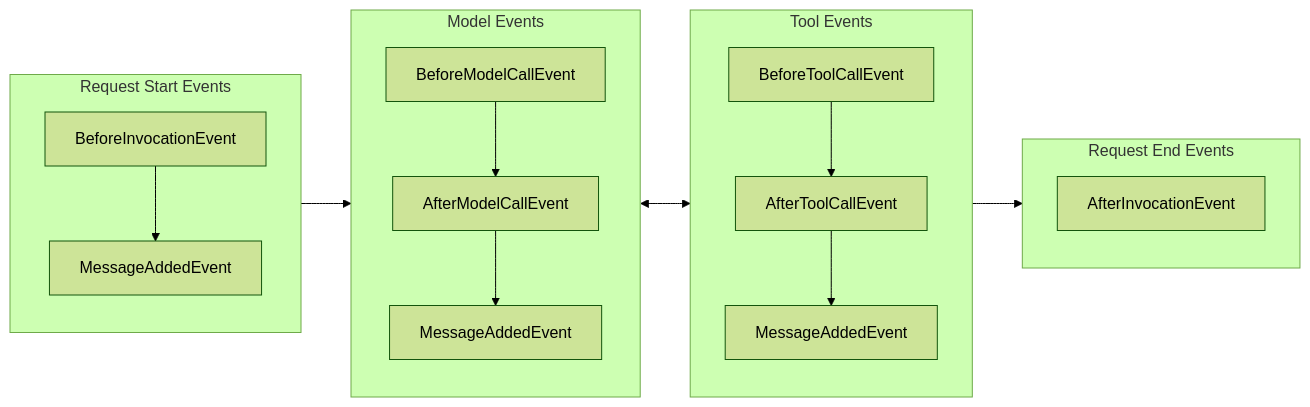
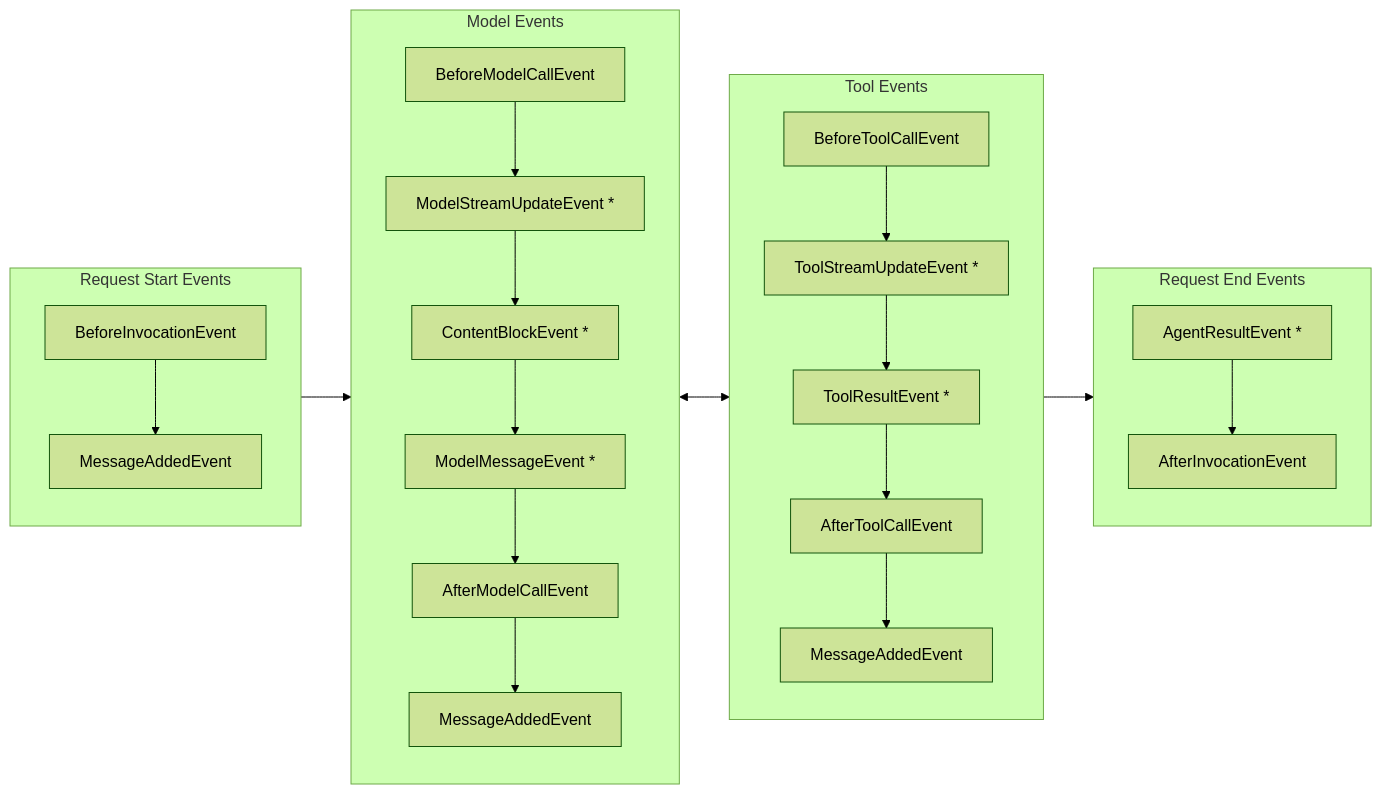
The first of 2 diagrams in docs/user-guide/concepts/agents/hooks.md (strands-agents/docs), drawn with Mermaid (forest theme) before and after one commit. The commit also changed other lines of this file, not shown here.

````diff
--- a/docs/user-guide/concepts/agents/hooks.md
+++ b/docs/user-guide/concepts/agents/hooks.md
@@ -100,32 +100,44 @@
 ```mermaid
 flowchart LR
  subgraph Start["Request Start Events"]
     direction TB
         BeforeInvocationEvent["BeforeInvocationEvent"]
         StartMessage["MessageAddedEvent"]
         BeforeInvocationEvent --> StartMessage
   end
  subgraph Model["Model Events"]
     direction TB
+        BeforeModelCallEvent["BeforeModelCallEvent"]
+        ModelStreamUpdateEvent["ModelStreamUpdateEvent *"]
+        ContentBlockEvent["ContentBlockEvent *"]
+        ModelMessageEvent["ModelMessageEvent *"]
         AfterModelCallEvent["AfterModelCallEvent"]
-        BeforeModelCallEvent["BeforeModelCallEvent"]
         ModelMessage["MessageAddedEvent"]
-        BeforeModelCallEvent --> AfterModelCallEvent
+        BeforeModelCallEvent --> ModelStreamUpdateEvent
+        ModelStreamUpdateEvent --> ContentBlockEvent
+        ContentBlockEvent --> ModelMessageEvent
+        ModelMessageEvent --> AfterModelCallEvent
         AfterModelCallEvent --> ModelMessage
   end
   subgraph Tool["Tool Events"]
     direction TB
+        BeforeToolCallEvent["BeforeToolCallEvent"]
+        ToolStreamUpdateEvent["ToolStreamUpdateEvent *"]
+        ToolResultEvent["ToolResultEvent *"]
         AfterToolCallEvent["AfterToolCallEvent"]
-        BeforeToolCallEvent["BeforeToolCallEvent"]
         ToolMessage["MessageAddedEvent"]
-        BeforeToolCallEvent --> AfterToolCallEvent
+        BeforeToolCallEvent --> ToolStreamUpdateEvent
+        ToolStreamUpdateEvent --> ToolResultEvent
+        ToolResultEvent --> AfterToolCallEvent
         AfterToolCallEvent --> ToolMessage
   end
   subgraph End["Request End Events"]
     direction TB
+        AgentResultEvent["AgentResultEvent *"]
         AfterInvocationEvent["AfterInvocationEvent"]
+        AgentResultEvent --> AfterInvocationEvent
   end
 Start --> Model
 Model <--> Tool
 Tool --> End
 ```
````
